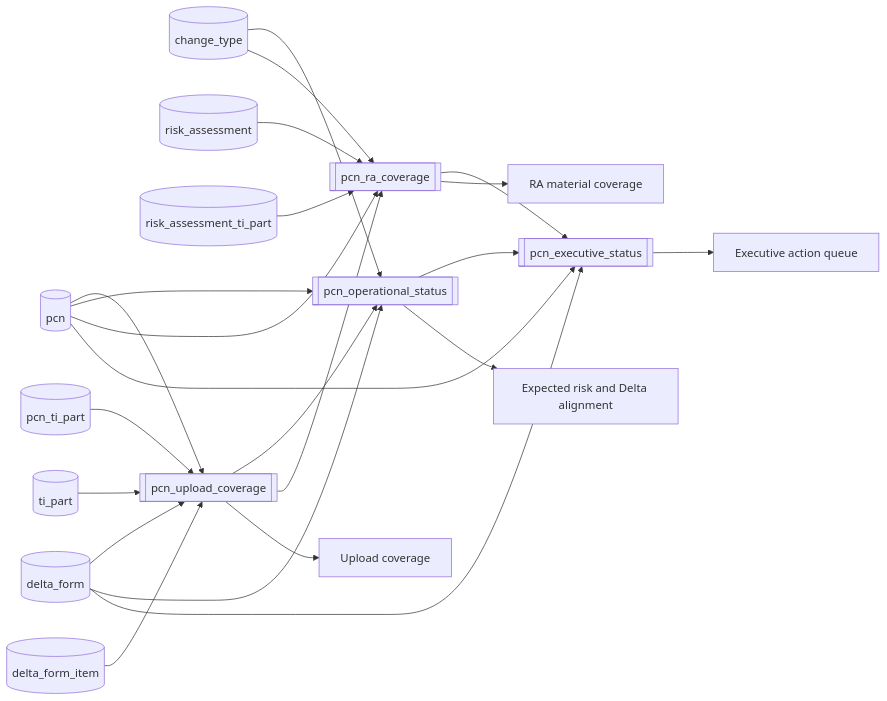
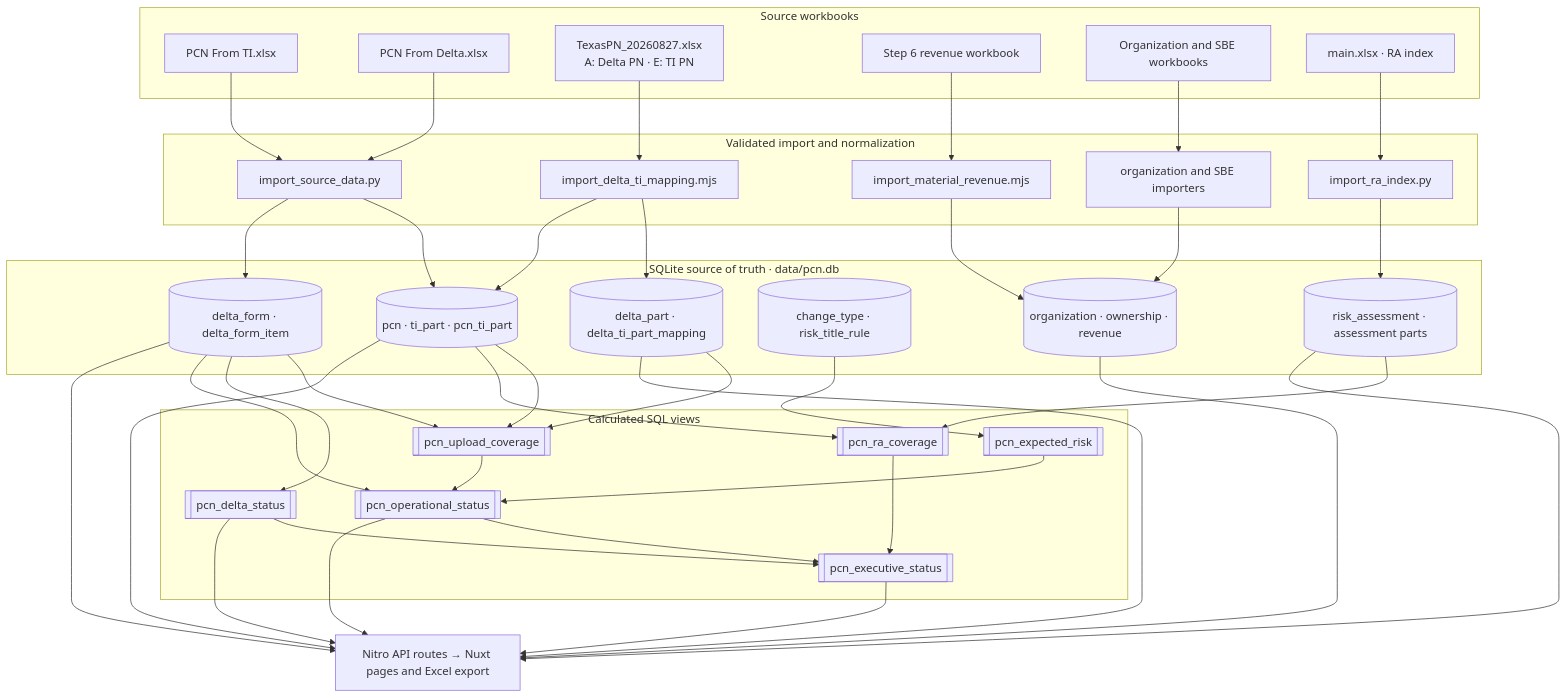
The second of 2 diagrams in README.md (EricLin0123/PCN), drawn with Mermaid before and after one commit. The commit also changed other lines of this file and 10 other files, not shown here.

Commit message:
New diagram

````diff
--- a/README.md
+++ b/README.md
@@ -183,43 +230,74 @@
 ```mermaid
-flowchart LR
-    PCN[(pcn)]
-    CT[(change_type)]
-    PTP[(pcn_ti_part)]
-    TP[(ti_part)]
-    DF[(delta_form)]
-    DFI[(delta_form_item)]
-    RA[(risk_assessment)]
-    RAP[(risk_assessment_ti_part)]
+flowchart TB
+    subgraph Sources[Source workbooks]
+        TI["PCN From TI.xlsx"]
+        DELTA["PCN From Delta.xlsx"]
+        MAP["TexasPN_20260827.xlsx<br/>A: Delta PN · E: TI PN"]
+        REV["Step 6 revenue workbook"]
+        OWNER["Organization and SBE workbooks"]
+        RAINDEX["main.xlsx · RA index"]
+    end
 
-    UPLOAD[[pcn_upload_coverage]]
-    OPS[[pcn_operational_status]]
-    RAC[[pcn_ra_coverage]]
-    EXEC[[pcn_executive_status]]
+    subgraph Importers[Validated import and normalization]
+        BASE["import_source_data.py"]
+        MAPPER["import_delta_ti_mapping.mjs"]
+        REVENUE["import_material_revenue.mjs"]
+        ORG["organization and SBE importers"]
+        RAIMPORT["import_ra_index.py"]
+    end
 
-    PCN --> UPLOAD
-    PTP --> UPLOAD
-    TP --> UPLOAD
-    DF --> UPLOAD
-    DFI --> UPLOAD
+    subgraph SQLite[SQLite source of truth · data/pcn.db]
+        CORE[("pcn · ti_part · pcn_ti_part")]
+        FORMS[("delta_form · delta_form_item")]
+        AUTHMAP[("delta_part · delta_ti_part_mapping")]
+        RISK[("change_type · risk_title_rule")]
+        ASSESS[("risk_assessment · assessment parts")]
+        SUPPORT[("organization · ownership · revenue")]
+    end
 
-    PCN --> OPS
-    CT --> OPS
+    subgraph Views[Calculated SQL views]
+        EXPECTED[[pcn_expected_risk]]
+        UPLOAD[[pcn_upload_coverage]]
+        DELTASTATUS[[pcn_delta_status]]
+        OPS[[pcn_operational_status]]
+        RAC[[pcn_ra_coverage]]
+        EXEC[[pcn_executive_status]]
+    end
+
+    UI["Nitro API routes → Nuxt pages and Excel export"]
+
+    TI --> BASE
+    DELTA --> BASE
+    MAP --> MAPPER
+    REV --> REVENUE
+    OWNER --> ORG
+    RAINDEX --> RAIMPORT
+    BASE --> CORE
+    BASE --> FORMS
+    MAPPER --> AUTHMAP
+    MAPPER --> CORE
+    REVENUE --> SUPPORT
+    ORG --> SUPPORT
+    RAIMPORT --> ASSESS
+    CORE --> UPLOAD
+    FORMS --> UPLOAD
+    AUTHMAP --> UPLOAD
+    RISK --> EXPECTED
+    FORMS --> DELTASTATUS
+    EXPECTED --> OPS
     UPLOAD --> OPS
-    DF --> OPS
-
-    PCN --> RAC
-    CT --> RAC
-    UPLOAD --> RAC
-    RA --> RAC
-    RAP --> RAC
-
-    PCN --> EXEC
+    FORMS --> OPS
+    CORE --> RAC
+    ASSESS --> RAC
     OPS --> EXEC
     RAC --> EXEC
-    DF --> EXEC
-
-    UPLOAD --> U1["Upload coverage"]
-    OPS --> O1["Expected risk and Delta alignment"]
-    RAC --> R1["RA material coverage"]
-    EXEC --> E1["Executive action queue"]
+    DELTASTATUS --> EXEC
+    CORE --> UI
+    FORMS --> UI
+    AUTHMAP --> UI
+    SUPPORT --> UI
+    ASSESS --> UI
+    OPS --> UI
+    DELTASTATUS --> UI
+    EXEC --> UI
 ```
````
